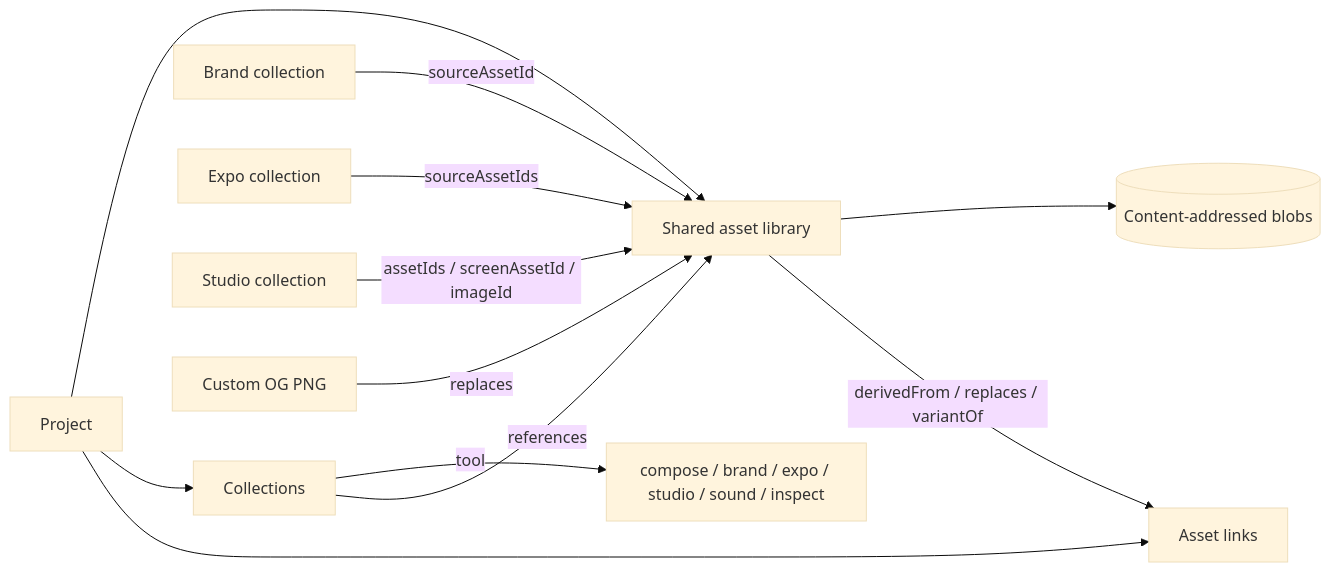
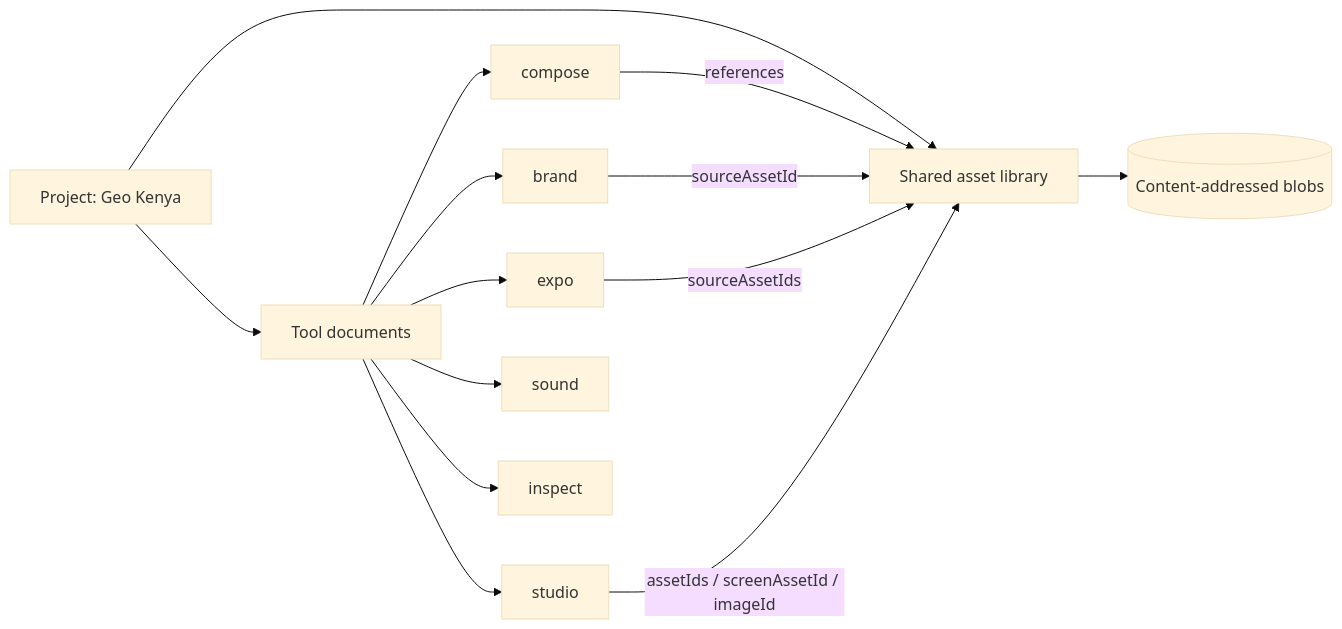
The diagram in PROJECTS_PLAN.md (tigawanna/assets-toolbox), drawn with Mermaid (base theme) before and after one commit. The commit also changed other lines of this file, not shown here.

First line of the commit message:
Scope plan to one document per tool per project

````diff
--- a/PROJECTS_PLAN.md
+++ b/PROJECTS_PLAN.md
@@ -91,15 +72,16 @@
 ```mermaid
 graph LR
-  P[Project] --> A[Shared asset library]
-  P --> C[Collections]
-  C -->|tool| T[compose / brand / expo / studio / sound / inspect]
-  C -->|references| A
-  P --> L[Asset links]
-  A --> BL[(Content-addressed blobs)]
-  A -->|derivedFrom / replaces / variantOf| L
-
-  BR[Brand collection] -->|sourceAssetId| A
-  EX[Expo collection] -->|sourceAssetIds| A
-  ST[Studio collection] -->|assetIds / screenAssetId / imageId| A
-  OG[Custom OG PNG] -->|replaces| A
+  P[Project: Geo Kenya] --> LIB[Shared asset library]
+  P --> D[Tool documents]
+  D --> compose
+  D --> brand
+  D --> expo
+  D --> studio
+  D --> sound
+  D --> inspect
+  compose -->|references| LIB
+  brand -->|sourceAssetId| LIB
+  expo -->|sourceAssetIds| LIB
+  studio -->|assetIds / screenAssetId / imageId| LIB
+  LIB --> B[(Content-addressed blobs)]
 ```
````
